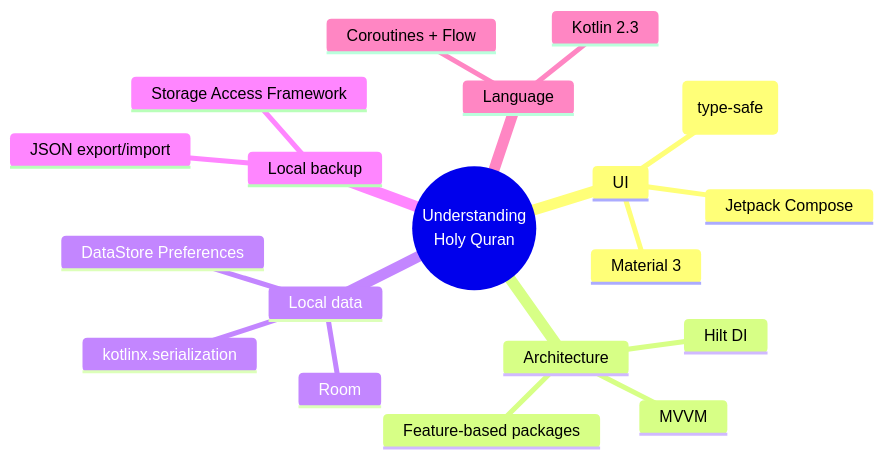
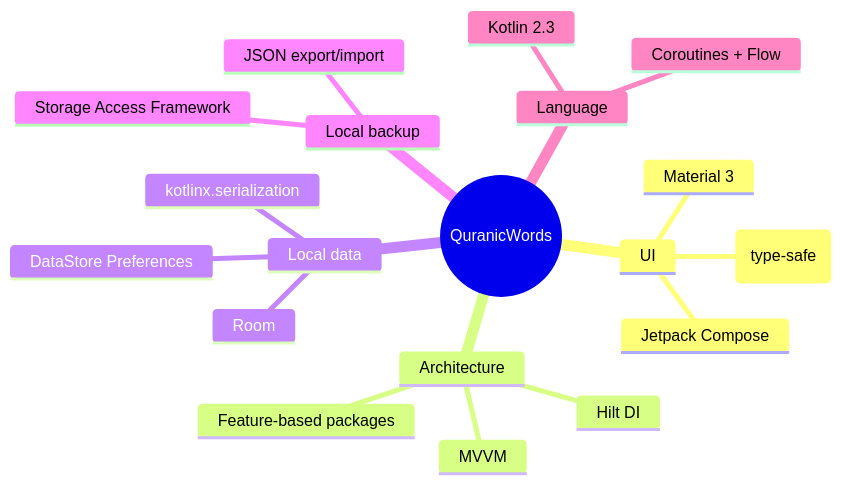
Before and after one commit to deanybytes/QuranicWords: the diagram in README.md, drawn with Mermaid. The commit also changed other lines of this file and 44 other files, not shown here.

````diff
--- a/README.md
+++ b/README.md
@@ -99,22 +96,22 @@
 ```mermaid
 mindmap
-  root((Understanding<br/>Holy Quran))
+  root((QuranicWords))
     UI
       Jetpack Compose
       Material 3
       Navigation-Compose (type-safe)
     Architecture
       MVVM
       Hilt DI
       Feature-based packages
     Local data
       Room
       DataStore Preferences
       kotlinx.serialization
     Local backup
       JSON export/import
       Storage Access Framework
     Language
       Kotlin 2.3
       Coroutines + Flow
 ```
````
